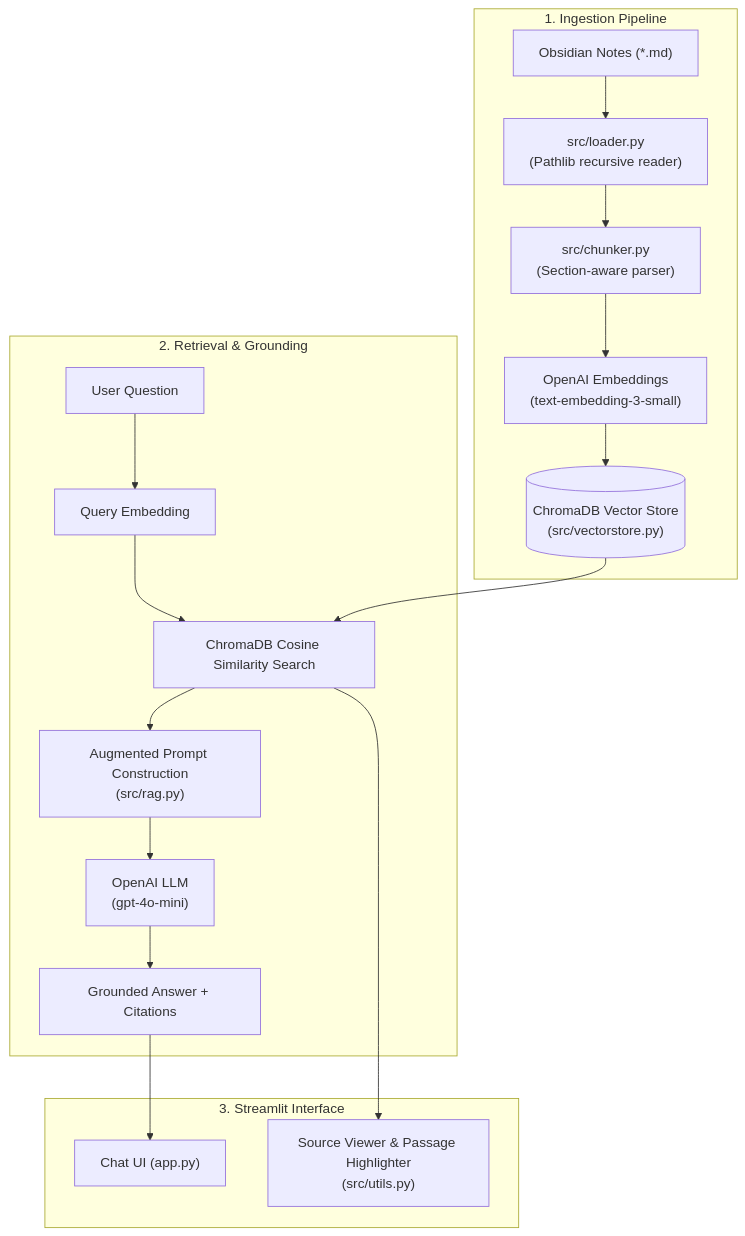
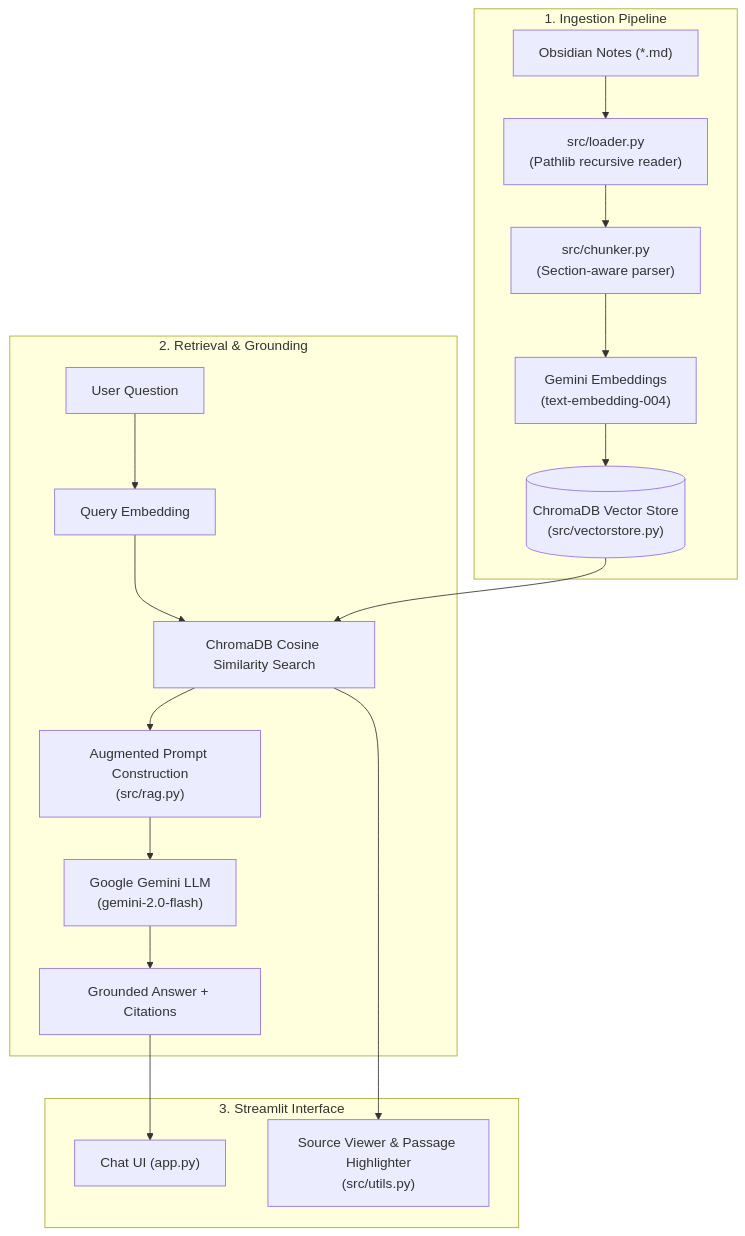
The diagram in README.md (miniag006/obsidian-rag-assistant), drawn with Mermaid before and after one commit. The commit also changed other lines of this file and 4 other files, not shown here.

Commit message:
Switch default provider to Google Gemini API (Free tier)

````diff
--- a/README.md
+++ b/README.md
@@ -65,23 +65,23 @@
 ```mermaid
 flowchart TD
     subgraph Ingestion["1. Ingestion Pipeline"]
         MD["Obsidian Notes (*.md)"] --> Loader["src/loader.py\n(Pathlib recursive reader)"]
         Loader --> Chunker["src/chunker.py\n(Section-aware parser)"]
-        Chunker --> Embedder["OpenAI Embeddings\n(text-embedding-3-small)"]
+        Chunker --> Embedder["Gemini Embeddings\n(text-embedding-004)"]
         Embedder --> ChromaDB[("ChromaDB Vector Store\n(src/vectorstore.py)")]
     end
 
     subgraph Query["2. Retrieval & Grounding"]
         UserQ["User Question"] --> QEmbed["Query Embedding"]
         QEmbed --> Retriever["ChromaDB Cosine Similarity Search"]
         ChromaDB --> Retriever
         Retriever --> Context["Augmented Prompt Construction\n(src/rag.py)"]
-        Context --> LLM["OpenAI LLM\n(gpt-4o-mini)"]
+        Context --> LLM["Google Gemini LLM\n(gemini-2.0-flash)"]
         LLM --> Answer["Grounded Answer + Citations"]
     end
 
     subgraph UI["3. Streamlit Interface"]
         Answer --> Chat["Chat UI (app.py)"]
         Retriever --> Viewer["Source Viewer & Passage Highlighter\n(src/utils.py)"]
     end
 ```
````
